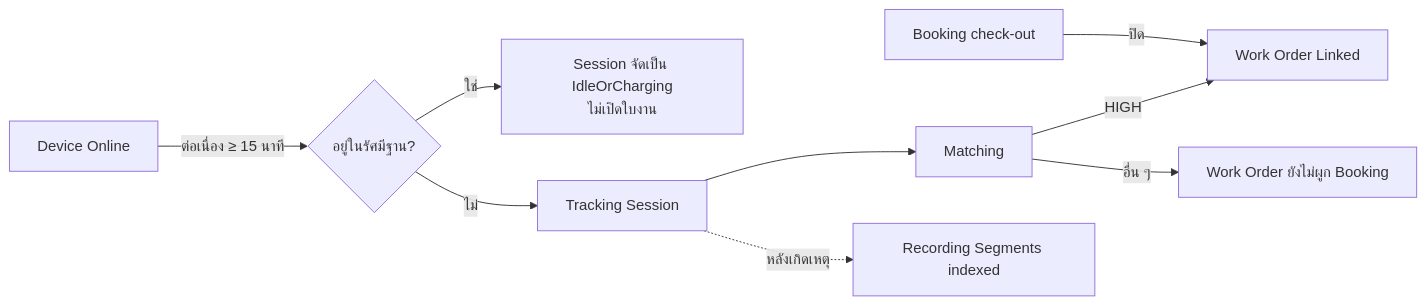
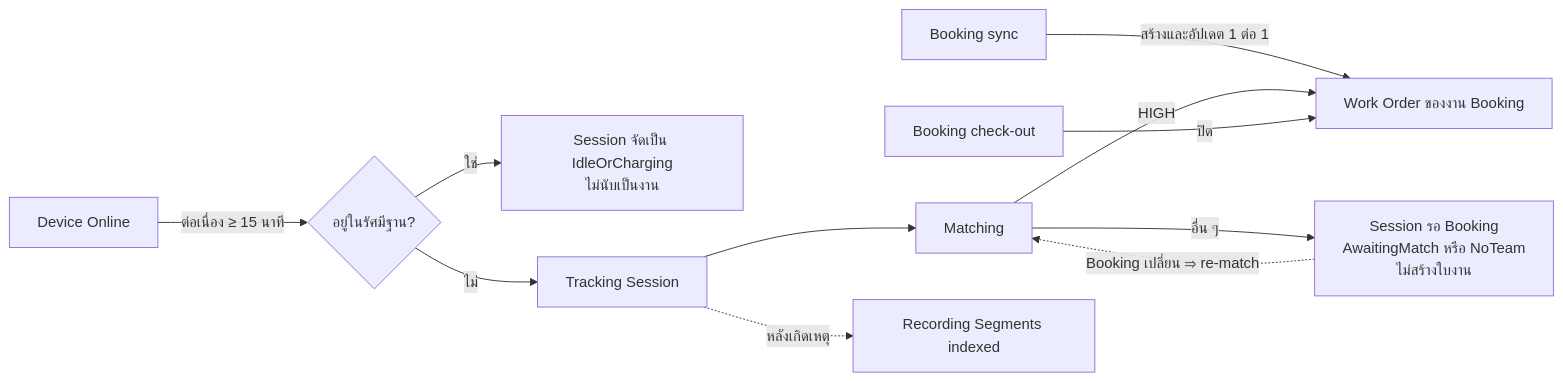
One commit to b-werayut/psd-bodycam-v1.0 changed the first of 10 diagrams in docs/blueprint/03-business-workflows.md. Above: the diagram before and after it, drawn with Mermaid. The commit also changed other lines of this file and 304 other files, not shown here.

````diff
--- a/docs/blueprint/03-business-workflows.md
+++ b/docs/blueprint/03-business-workflows.md
@@ -22,11 +23,13 @@
 ```mermaid
 flowchart LR
+  BS["Booking sync"] -->|"สร้างและอัปเดต 1 ต่อ 1"| E["Work Order ของงาน Booking"]
   A["Device Online"] -->|"ต่อเนื่อง ≥ 15 นาที"| B{"อยู่ในรัศมีฐาน?"}
-  B -->|"ใช่"| Z["Session จัดเป็น IdleOrCharging<br/>ไม่เปิดใบงาน"]
+  B -->|"ใช่"| Z["Session จัดเป็น IdleOrCharging<br/>ไม่นับเป็นงาน"]
   B -->|"ไม่"| C["Tracking Session"]
   C --> D["Matching"]
-  D -->|"HIGH"| E["Work Order Linked"]
-  D -->|"อื่น ๆ"| F["Work Order ยังไม่ผูก Booking"]
+  D -->|"HIGH"| E
+  D -->|"อื่น ๆ"| F["Session รอ Booking<br/>AwaitingMatch หรือ NoTeam<br/>ไม่สร้างใบงาน"]
+  F -. "Booking เปลี่ยน ⇒ re-match" .-> D
   BK["Booking check-out"] -->|"ปิด"| E
   C -. "หลังเกิดเหตุ" .-> G["Recording Segments indexed"]
 ```
````
